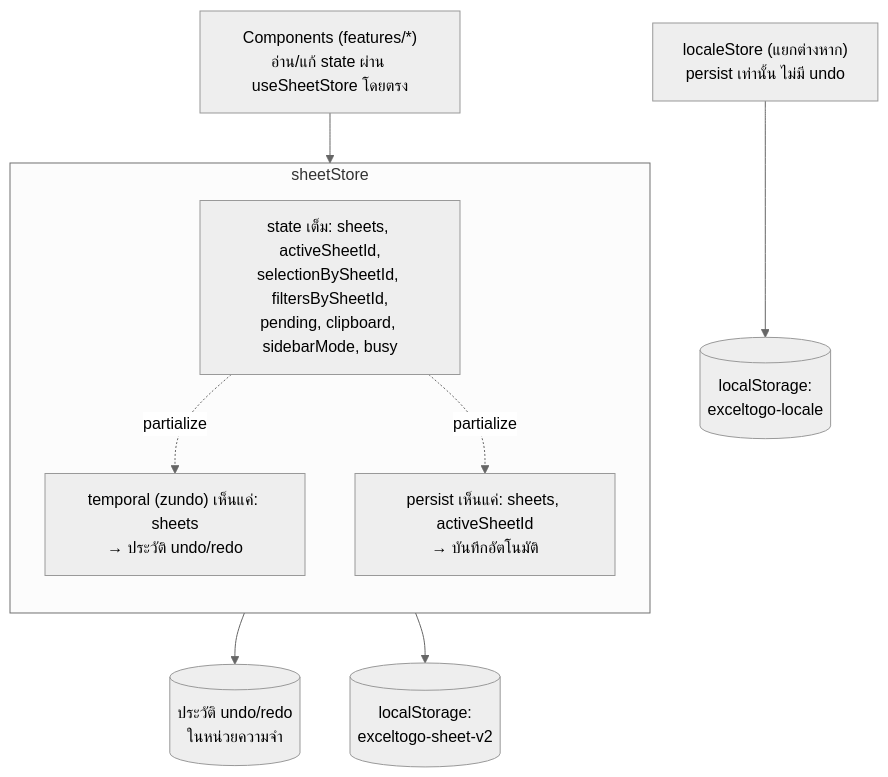
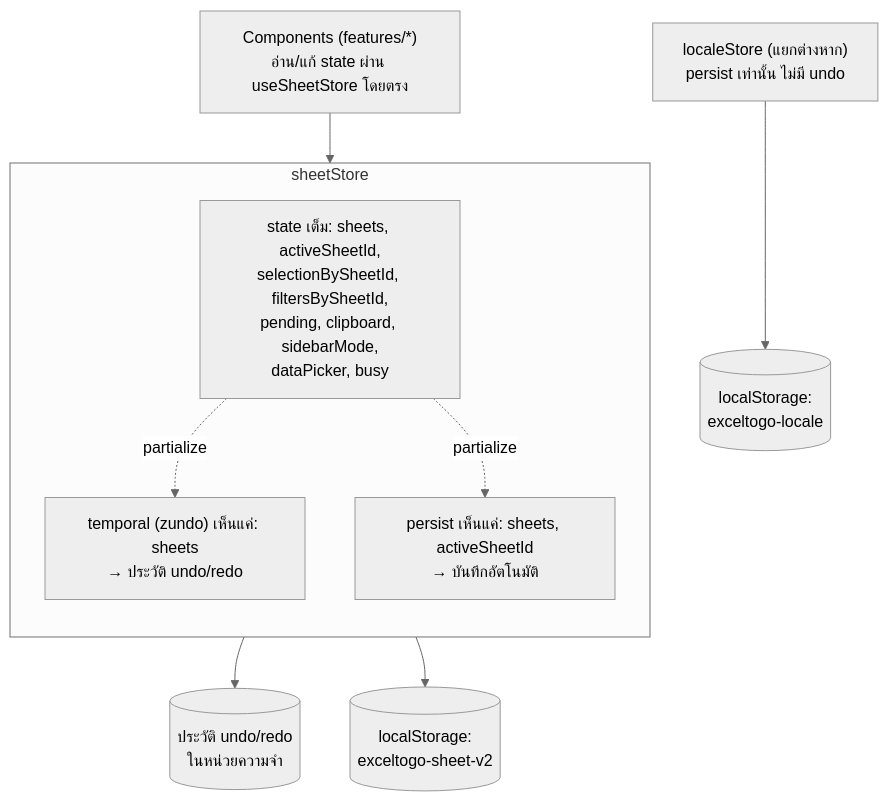
The second of 4 diagrams in README.md (SuruchBoss/ExcelToGo), drawn with Mermaid (neutral theme) before and after one commit. The commit also changed other lines of this file and 1 other file, not shown here.

First line of the commit message:
Document the new live-data UI in both READMEs

````diff
--- a/README.md
+++ b/README.md
@@ -369,19 +400,19 @@
 ```mermaid
 flowchart TB
     Components["Components (features/*)<br/>อ่าน/แก้ state ผ่าน useSheetStore โดยตรง"]
 
     subgraph sheetStore["sheetStore"]
         direction TB
-        Full["state เต็ม: sheets, activeSheetId,<br/>selectionBySheetId, filtersBySheetId,<br/>pending, clipboard, sidebarMode, busy"]
+        Full["state เต็ม: sheets, activeSheetId,<br/>selectionBySheetId, filtersBySheetId,<br/>pending, clipboard, sidebarMode,<br/>dataPicker, busy"]
         Temporal["temporal (zundo) เห็นแค่: sheets<br/>→ ประวัติ undo/redo"]
         Persist["persist เห็นแค่: sheets, activeSheetId<br/>→ บันทึกอัตโนมัติ"]
     end
 
     Components --> Full
     Full -.->|partialize| Temporal
     Full -.->|partialize| Persist
     Temporal --> History[("ประวัติ undo/redo<br/>ในหน่วยความจำ")]
     Persist --> LS[("localStorage:<br/>exceltogo-sheet-v2")]
 
     LocaleStore["localeStore (แยกต่างหาก)<br/>persist เท่านั้น ไม่มี undo"] --> LS2[("localStorage:<br/>exceltogo-locale")]
 ```
````
